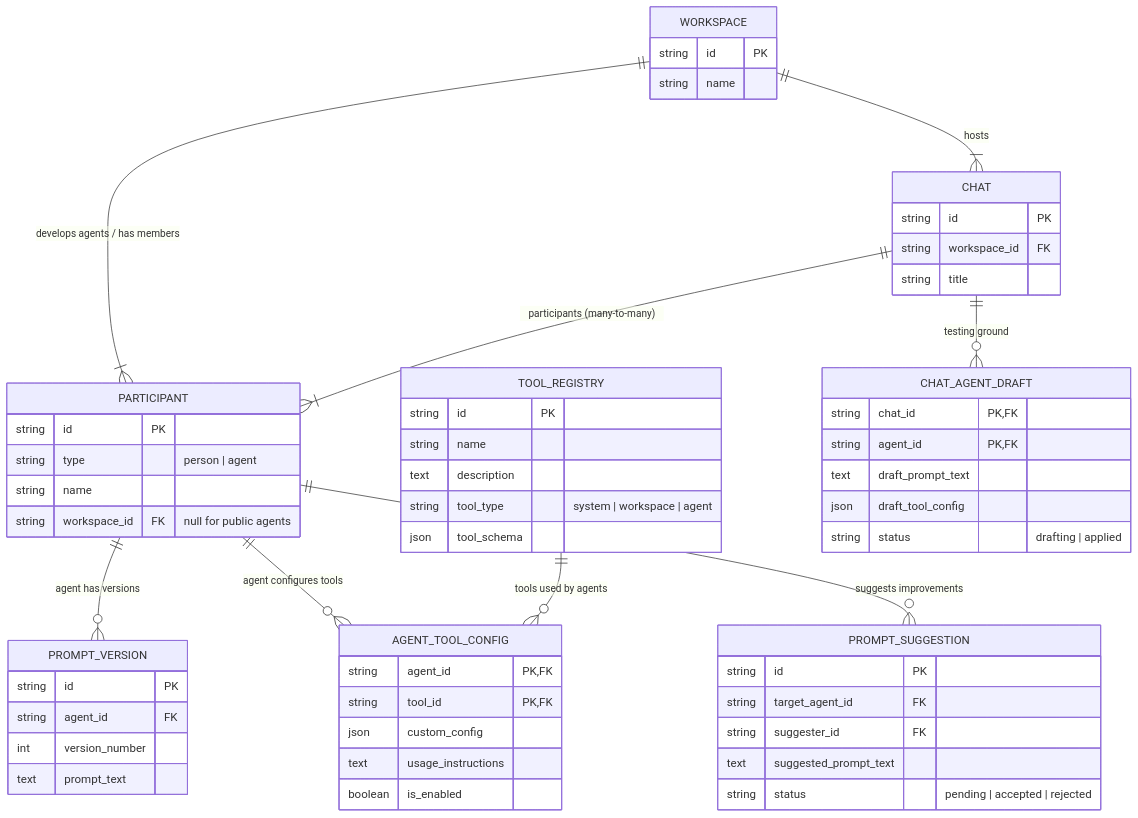
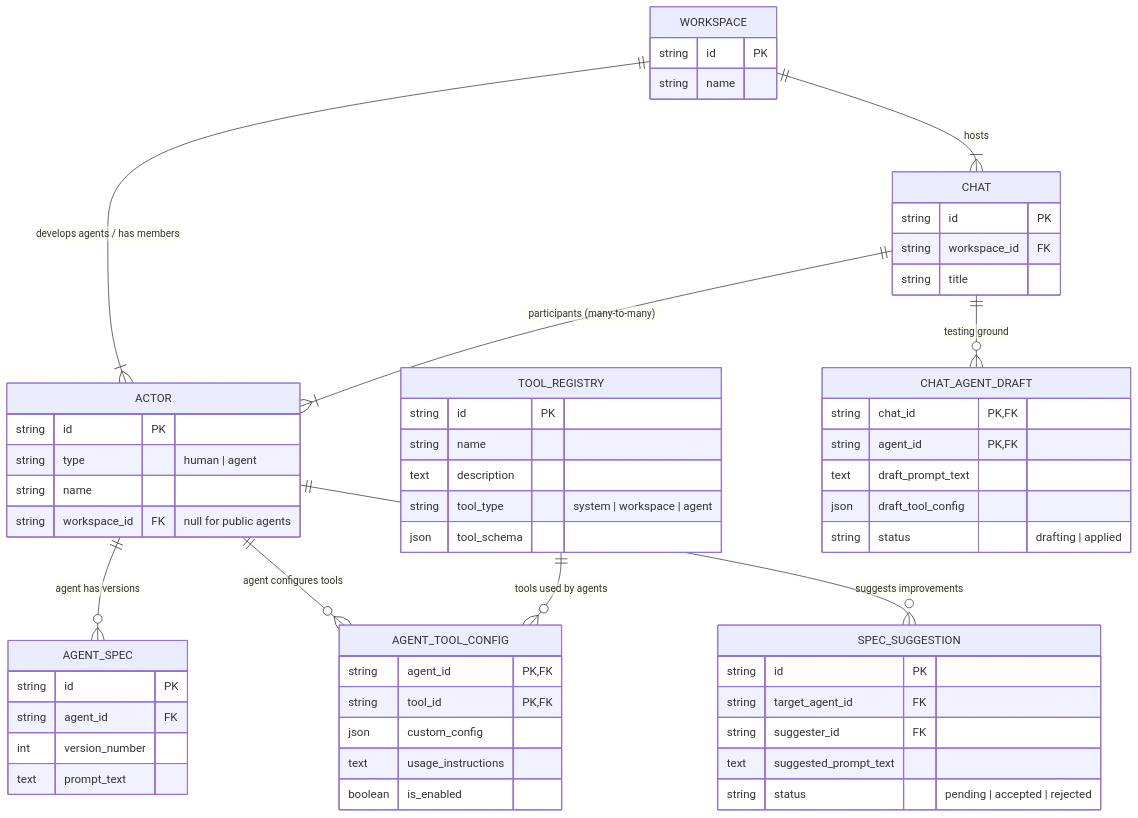
One commit to zhowzeng/v2-design-doc changed the first of 7 diagrams in design_doc.md. Above: the diagram before and after it, drawn with Mermaid. The commit also changed other lines of this file, not shown here.

Commit message:
更新設計文件，修正參與者類型描述，調整 Prompt 為 Spec 的用語，優化系統架構與業務流程說明

````diff
--- a/design_doc.md
+++ b/design_doc.md
@@ -34,73 +36,73 @@
 ```mermaid
 erDiagram
     %% 核心實體
     WORKSPACE {
         string id PK
         string name
     }
     
-    PARTICIPANT {
+    ACTOR {
         string id PK
-        string type "person | agent"
+        string type "human | agent"
         string name
         string workspace_id FK "null for public agents"
     }
     
     CHAT {
         string id PK
         string workspace_id FK
         string title
     }
     
     %% Agent 專用
-    PROMPT_VERSION {
+    AGENT_SPEC {
         string id PK
         string agent_id FK
         int version_number
         text prompt_text
     }
     
     %% Tool 系統
     TOOL_REGISTRY {
         string id PK
         string name
         text description
         string tool_type "system | workspace | agent"
         json tool_schema
     }
     
     AGENT_TOOL_CONFIG {
         string agent_id PK, FK
         string tool_id PK, FK
         json custom_config
         text usage_instructions
         boolean is_enabled
     }
     
     %% 協作機制
     CHAT_AGENT_DRAFT {
         string chat_id PK, FK
         string agent_id PK, FK
         text draft_prompt_text
         json draft_tool_config
         string status "drafting | applied"
     }
     
-    PROMPT_SUGGESTION {
+    SPEC_SUGGESTION {
         string id PK
         string target_agent_id FK
         string suggester_id FK
         text suggested_prompt_text
         string status "pending | accepted | rejected"
     }
 
     %% 關係
-    WORKSPACE ||--|{ PARTICIPANT : "develops agents / has members"
+    WORKSPACE ||--|{ ACTOR : "develops agents / has members"
     WORKSPACE ||--|{ CHAT : "hosts"
-    CHAT ||--|{ PARTICIPANT : "participants (many-to-many)"
-    PARTICIPANT ||--o{ PROMPT_VERSION : "agent has versions"
-    PARTICIPANT ||--o{ AGENT_TOOL_CONFIG : "agent configures tools"
+    CHAT ||--|{ ACTOR : "participants (many-to-many)"
+    ACTOR ||--o{ AGENT_SPEC : "agent has versions"
+    ACTOR ||--o{ AGENT_TOOL_CONFIG : "agent configures tools"
     TOOL_REGISTRY ||--o{ AGENT_TOOL_CONFIG : "tools used by agents"
     CHAT ||--o{ CHAT_AGENT_DRAFT : "testing ground"
-    PARTICIPANT ||--o{ PROMPT_SUGGESTION : "suggests improvements"
+    ACTOR ||--o{ SPEC_SUGGESTION : "suggests improvements"
 ```
````
